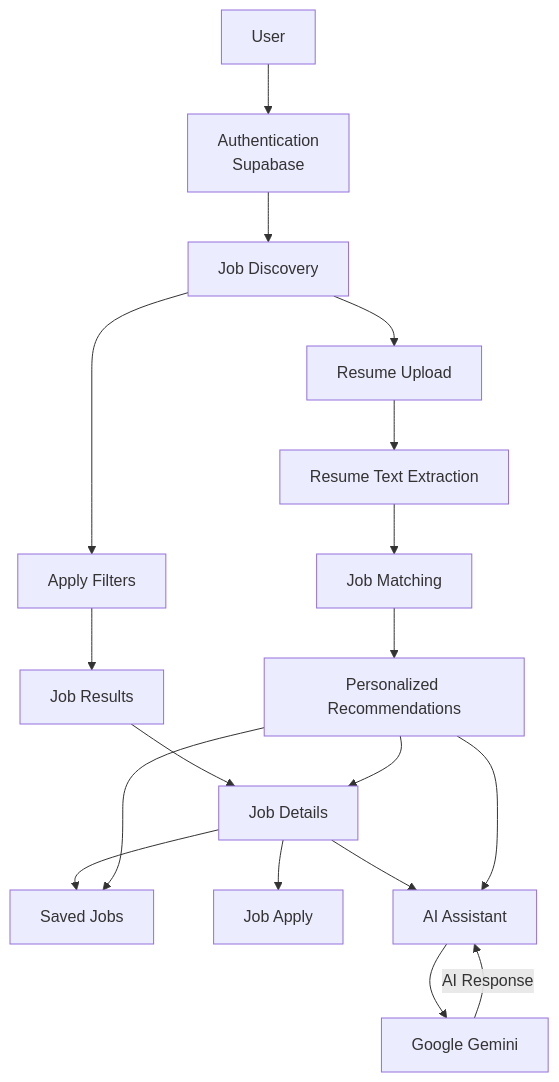
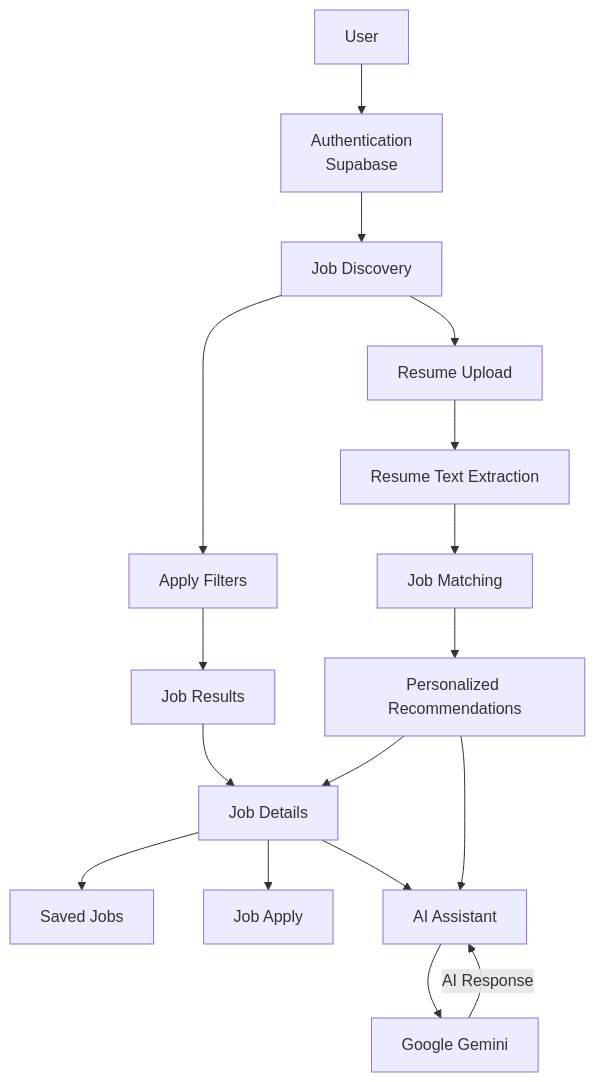
Before and after one commit to DarshanMathpal/JobWiseAI: the first of 2 diagrams in README.md, drawn with Mermaid.

````diff
--- a/README.md
+++ b/README.md
@@ -50,41 +50,39 @@
 ```mermaid
 flowchart TD
     U[User]
     A[Authentication<br/>Supabase]
     D[Job Discovery]
     R[Job Results]
     J[Job Details]
     AP[Apply Filters]
 
     RS[Resume Upload]
     EX[Resume Text Extraction]
     M[Job Matching]
     REC[Personalized Recommendations]
 
     S[Saved Jobs]
     JA[Job Apply]
     AI[AI Assistant]
     G[Google Gemini]
 
     U --> A
     A --> D
     D --> AP
     AP --> R
     R --> J
     D --> RS
 
     RS --> EX
     EX --> M
     M --> REC
 
     J --> S
-    REC --> S
     J --> AI
-    J --> JA
-    
+    J --> JA    
     REC --> J
     REC --> AI
 
     AI --> G
     G -->|AI Response| AI
 ```
````
